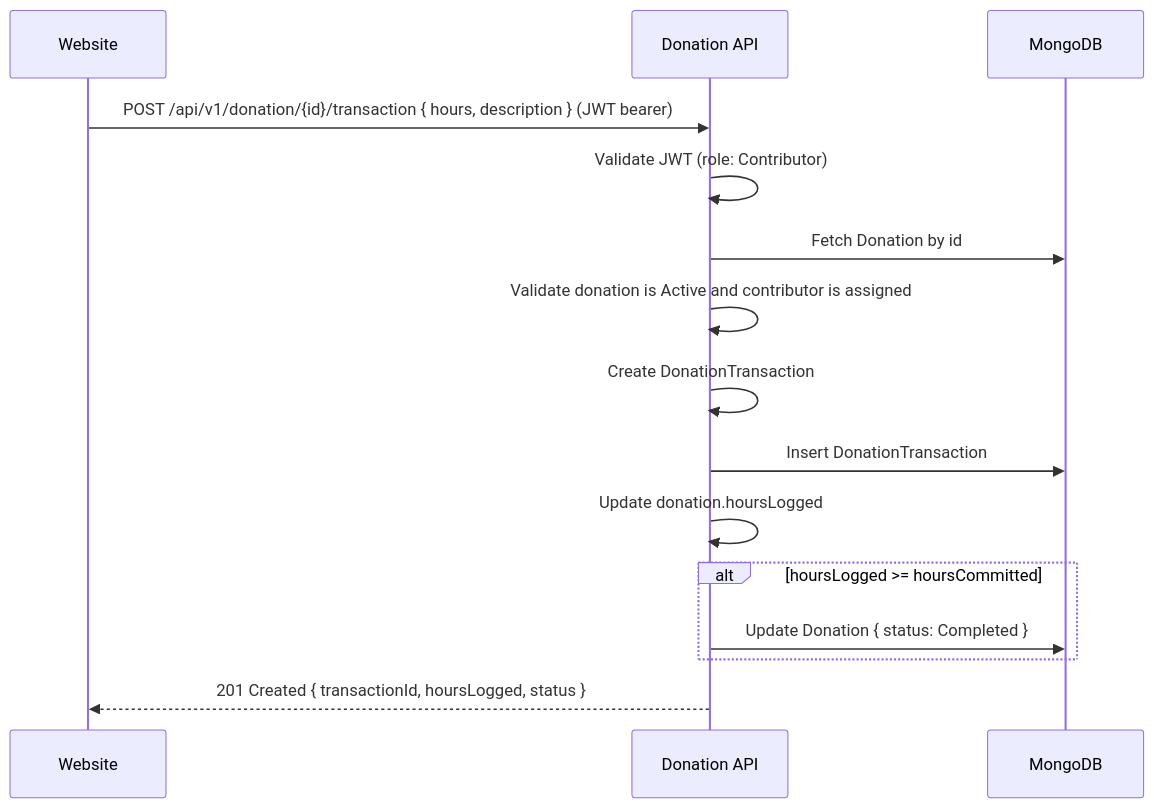
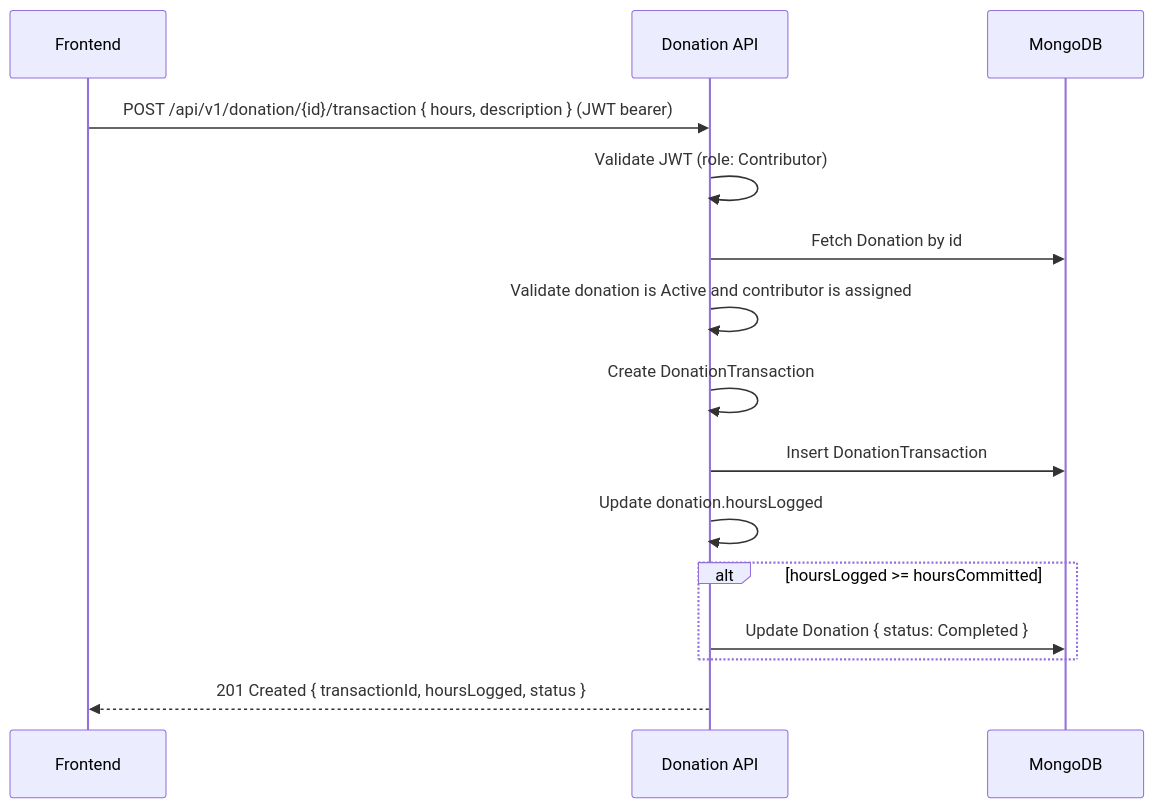
The fifth of 5 diagrams in docs/architecture/arc42/06-runtime-view.md (wouterfennis/TimeForCode), drawn with Mermaid before and after one commit. The commit also changed other lines of this file and 142 other files, not shown here.

````diff
--- a/docs/architecture/arc42/06-runtime-view.md
+++ b/docs/architecture/arc42/06-runtime-view.md
@@ -115,18 +115,18 @@
 ```mermaid
 sequenceDiagram
-    participant Website
+    participant Frontend
     participant DonationAPI as Donation API
     participant MongoDB
 
-    Website->>DonationAPI: POST /api/v1/donation/{id}/transaction { hours, description } (JWT bearer)
+    Frontend->>DonationAPI: POST /api/v1/donation/{id}/transaction { hours, description } (JWT bearer)
     DonationAPI->>DonationAPI: Validate JWT (role: Contributor)
     DonationAPI->>MongoDB: Fetch Donation by id
     DonationAPI->>DonationAPI: Validate donation is Active and contributor is assigned
     DonationAPI->>DonationAPI: Create DonationTransaction
     DonationAPI->>MongoDB: Insert DonationTransaction
     DonationAPI->>DonationAPI: Update donation.hoursLogged
     alt hoursLogged >= hoursCommitted
         DonationAPI->>MongoDB: Update Donation { status: Completed }
     end
-    DonationAPI-->>Website: 201 Created { transactionId, hoursLogged, status }
+    DonationAPI-->>Frontend: 201 Created { transactionId, hoursLogged, status }
 ```
````
